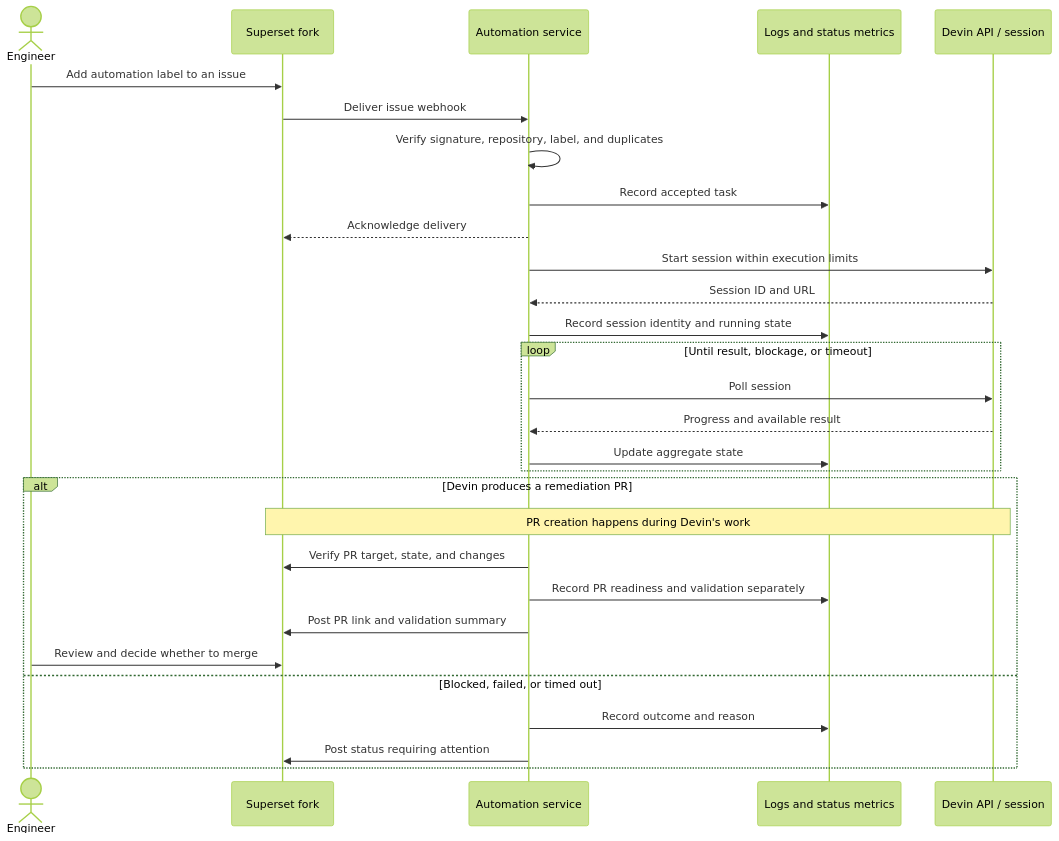
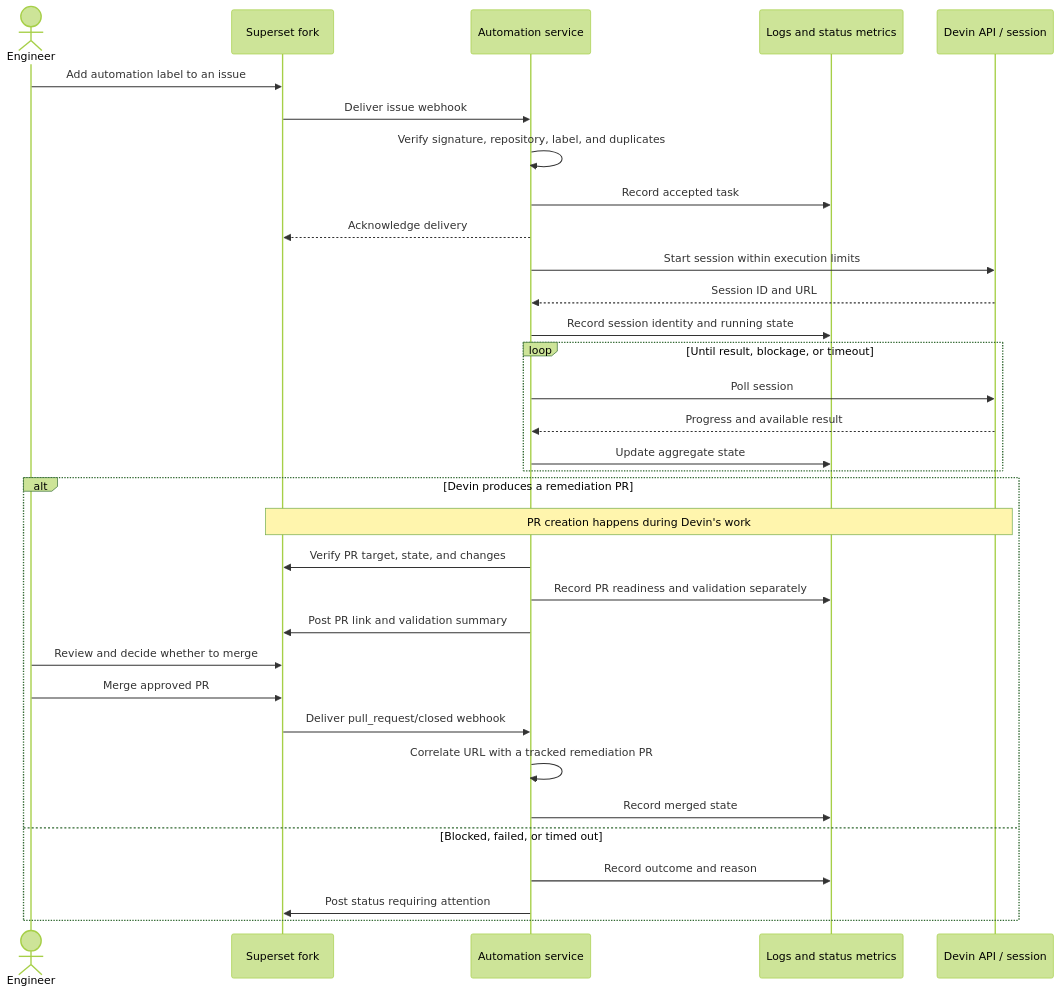
Before and after one commit to chengify/devin-demo: the second of 2 diagrams in README.md, drawn with Mermaid (forest theme). The commit also changed other lines of this file and 7 other files, not shown here.

````diff
--- a/README.md
+++ b/README.md
@@ -102,32 +102,36 @@
 ```mermaid
 sequenceDiagram
     actor Engineer
     participant GitHub as Superset fork
     participant Service as Automation service
     participant Metrics as Logs and status metrics
     participant Devin as Devin API / session
 
     Engineer->>GitHub: Add automation label to an issue
     GitHub->>Service: Deliver issue webhook
     Service->>Service: Verify signature, repository, label, and duplicates
     Service->>Metrics: Record accepted task
     Service-->>GitHub: Acknowledge delivery
     Service->>Devin: Start session within execution limits
     Devin-->>Service: Session ID and URL
     Service->>Metrics: Record session identity and running state
     loop Until result, blockage, or timeout
         Service->>Devin: Poll session
         Devin-->>Service: Progress and available result
         Service->>Metrics: Update aggregate state
     end
     alt Devin produces a remediation PR
         Note over Devin,GitHub: PR creation happens during Devin's work
         Service->>GitHub: Verify PR target, state, and changes
         Service->>Metrics: Record PR readiness and validation separately
         Service->>GitHub: Post PR link and validation summary
         Engineer->>GitHub: Review and decide whether to merge
+        Engineer->>GitHub: Merge approved PR
+        GitHub->>Service: Deliver pull_request/closed webhook
+        Service->>Service: Correlate URL with a tracked remediation PR
+        Service->>Metrics: Record merged state
     else Blocked, failed, or timed out
         Service->>Metrics: Record outcome and reason
         Service->>GitHub: Post status requiring attention
     end
 ```
````
